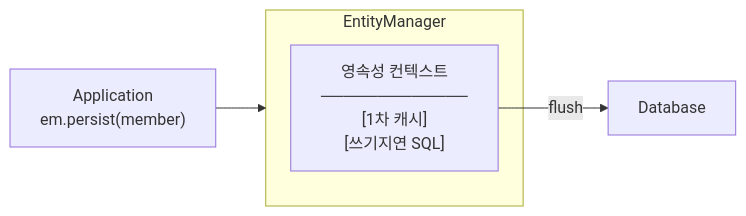
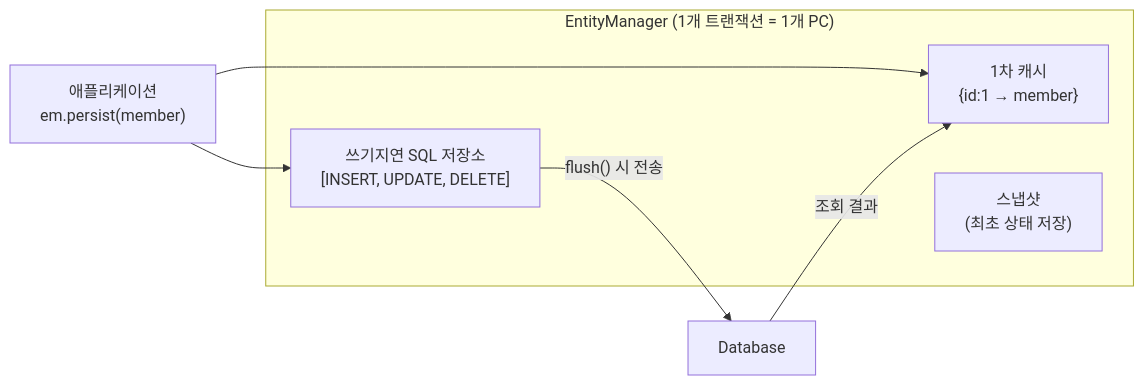
The third of 10 diagrams in _posts/jpa/2026-05-01-jpa-fundamentals.md (yjkim2015/yjkim2015.github.io), drawn with Mermaid before and after one commit. The commit also changed other lines of this file and 34 other files, not shown here.

First line of the commit message:
Full quality pass: 41 files — ASCII removed, 동작원리 보강, diagrams

```diff
--- a/_posts/jpa/2026-05-01-jpa-fundamentals.md
+++ b/_posts/jpa/2026-05-01-jpa-fundamentals.md
@@ -96,11 +106,15 @@
 <div class="mermaid">
 graph LR
-    APP["Application<br>em.persist(member)"]
-    subgraph EM["EntityManager"]
-        PC["영속성 컨텍스트<br>─────────────<br>[1차 캐시]<br>[쓰기지연 SQL]"]
+    APP["애플리케이션\nem.persist(member)"]
+    subgraph EM["EntityManager (1개 트랜잭션 = 1개 PC)"]
+        PC1["1차 캐시\n{id:1 → member}"]
+        PC2["쓰기지연 SQL 저장소\n[INSERT, UPDATE, DELETE]"]
+        SNAP["스냅샷\n(최초 상태 저장)"]
     end
     DB["Database"]
 
-    APP --> EM
-    PC -->|flush| DB
+    APP --> PC1
+    APP --> PC2
+    PC2 -->|"flush() 시 전송"| DB
+    DB -->|"조회 결과"| PC1
 </div>
```
